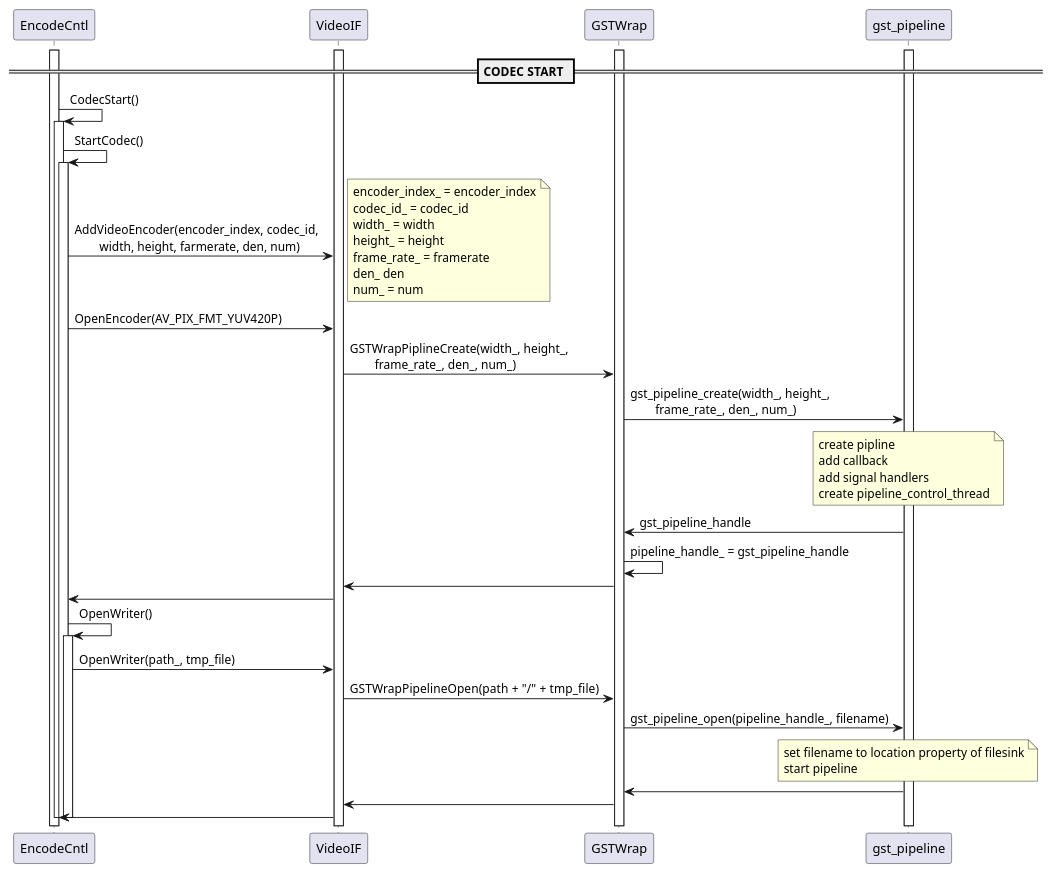
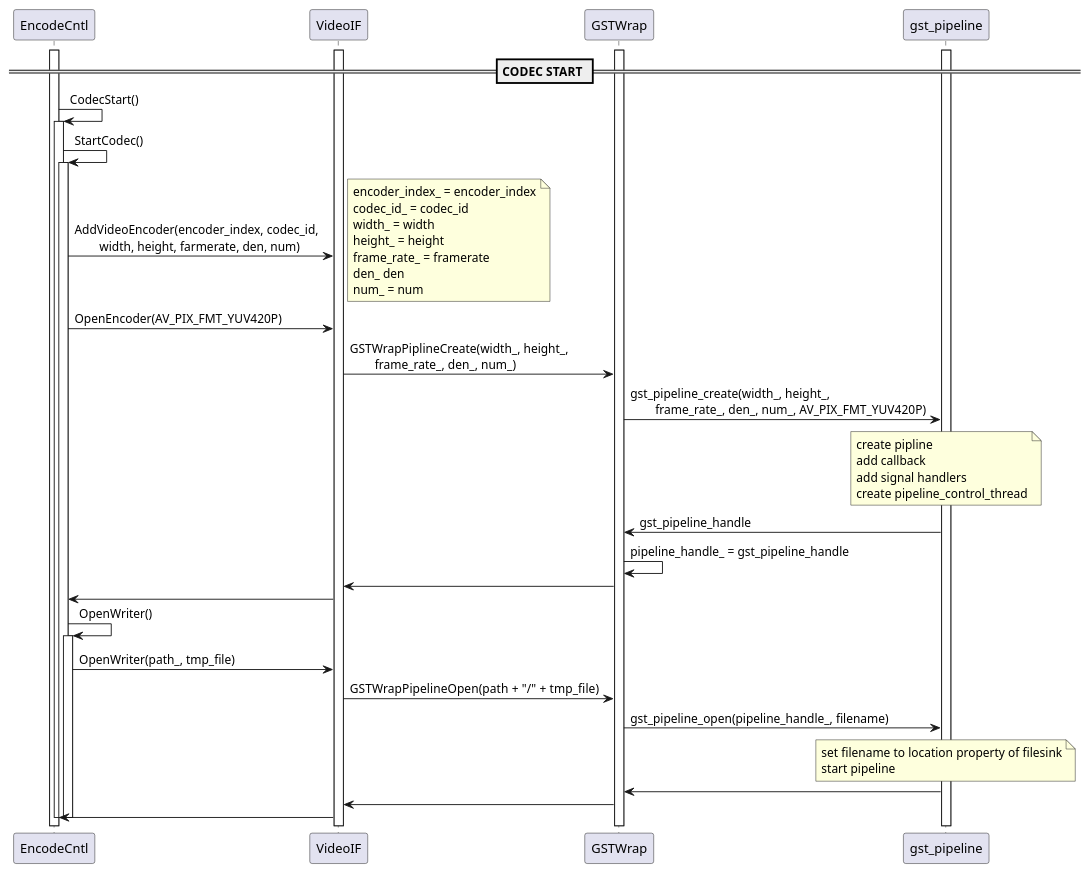
One commit to kom-xxx/test changed the diagram in adoc/encode/codec_stat.puml. Above: the diagram before and after it, drawn with PlantUML. The commit also changed 4 other files, not shown here.

```diff
--- a/adoc/encode/codec_stat.puml
+++ b/adoc/encode/codec_stat.puml
@@ -1,71 +1,71 @@
 @startuml
 'participant NodeRef
 'participant EditCntl
 participant EncodeCntl
 'participant EncodeCntlThread
 'participant thread_function
 participant VideoIF
 'participant VideoOutput
 'participant VideoEncoder
 'participant EncoderBase
 'participant VideoStreamPacket
 participant GSTWrap
 participant gst_pipeline
 
 activate EncodeCntl
 'activate EncodeCntlThread
 activate VideoIF
 activate GSTWrap
 activate gst_pipeline
 
 == CODEC START ==
 /'
  '  START OF StartCodec
  '/
 EncodeCntl -> EncodeCntl : CodecStart()
 activate EncodeCntl
 EncodeCntl -> EncodeCntl : StartCodec()
 activate EncodeCntl
 EncodeCntl -> VideoIF : AddVideoEncoder(encoder_index, codec_id,\n\
         width, height, farmerate, den, num)
 note right
 encoder_index_ = encoder_index
 codec_id_ = codec_id
 width_ = width
 height_ = height
 frame_rate_ = framerate
 den_ den
 num_ = num
 end note
 EncodeCntl -> VideoIF : OpenEncoder(AV_PIX_FMT_YUV420P)
 VideoIF -> GSTWrap : GSTWrapPiplineCreate(width_, height_,\n\
         frame_rate_, den_, num_)
 GSTWrap -> gst_pipeline : gst_pipeline_create(width_, height_,\n\
-        frame_rate_, den_, num_)
+        frame_rate_, den_, num_, AV_PIX_FMT_YUV420P)
 note over gst_pipeline
 create pipline
 add callback
 add signal handlers
 create pipeline_control_thread
 end note
 GSTWrap <- gst_pipeline : gst_pipeline_handle
 GSTWrap -> GSTWrap : pipeline_handle_ = gst_pipeline_handle
 VideoIF <- GSTWrap :
 EncodeCntl <- VideoIF
 EncodeCntl -> EncodeCntl : OpenWriter()
 activate EncodeCntl
 EncodeCntl -> VideoIF : OpenWriter(path_, tmp_file)
 VideoIF -> GSTWrap : GSTWrapPipelineOpen(path + "/" +  tmp_file)
 GSTWrap -> gst_pipeline : gst_pipeline_open(pipeline_handle_, filename)
 note over gst_pipeline
 set filename to location property of filesink
 start pipeline
 end note
 GSTWrap <- gst_pipeline :
 VideoIF <- GSTWrap :
 EncodeCntl <- VideoIF
 deactivate EncodeCntl
 deactivate EncodeCntl
 deactivate EncodeCntl
 
 @enduml
```
